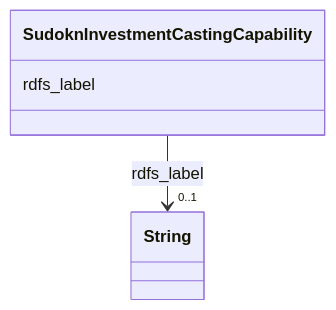
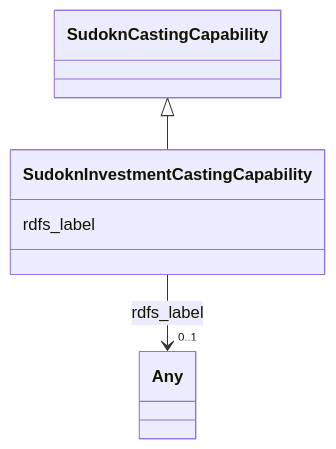
The diagram in sudokn-kg/classes/SudoknInvestmentCastingCapability.md (frink-okn/graph-descriptions), drawn with Mermaid before and after one commit. The commit also changed other lines of this file and 903 other files, not shown here.

````diff
--- a/sudokn-kg/classes/SudoknInvestmentCastingCapability.md
+++ b/sudokn-kg/classes/SudoknInvestmentCastingCapability.md
@@ -23,15 +18,18 @@
 ```mermaid
  classDiagram
     class SudoknInvestmentCastingCapability
     click SudoknInvestmentCastingCapability href "../SudoknInvestmentCastingCapability"
+      SudoknCastingCapability <|-- SudoknInvestmentCastingCapability
+        click SudoknCastingCapability href "../SudoknCastingCapability"
+      
       SudoknInvestmentCastingCapability : rdfs_label
         
           
     
     
-    SudoknInvestmentCastingCapability --> "0..1" String : rdfs_label
-    click String href "../String"
+    SudoknInvestmentCastingCapability --> "0..1" Any : rdfs_label
+    click Any href "../Any"
 
         
       
 ```
````
